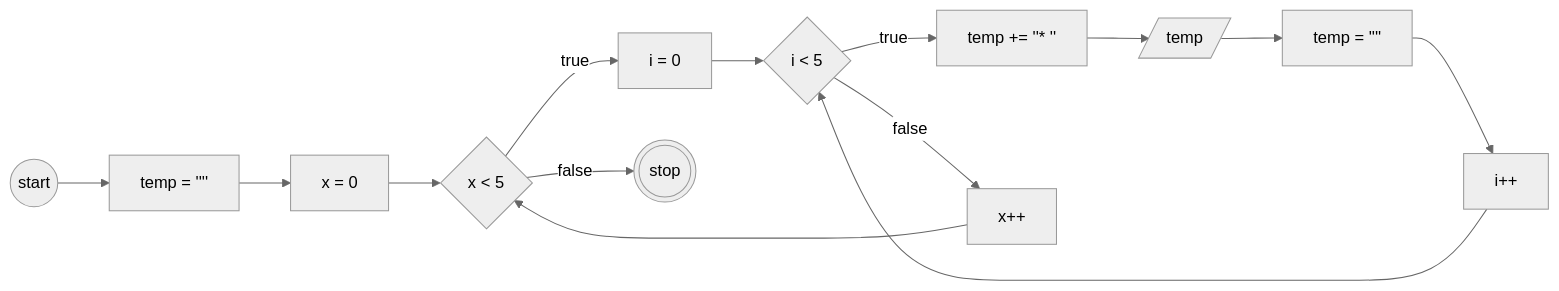
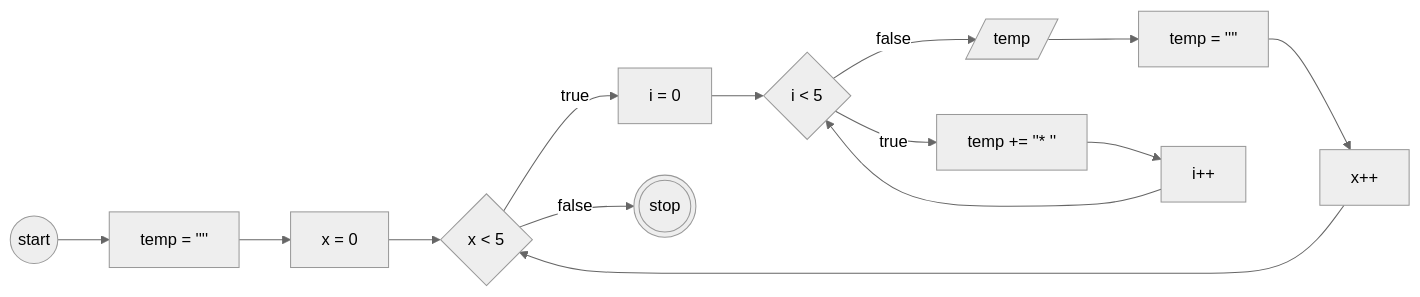
One commit to ecenn/koda-b10-javascript3 changed the diagram in README.md. Above: the diagram before and after it, drawn with Mermaid (neutral theme).

````diff
--- a/README.md
+++ b/README.md
@@ -17,30 +17,28 @@
 ```mermaid
 
 flowchart LR
 
 a((start))
 b[temp = '''']
 c[x = 0]
 d{x < 5}
 e[i = 0]
 f{i < 5}
 g[temp += ''* '']
 h[/temp/]
 i[temp = '''']
 j[i++]
 k[x++]
 z(((stop)))
 
 a --> b --> c --> d
 d --true--> e --> f
 f --true--> g
-g --> h
-h --> i
-i --> j
+g --> j
 j --> f
-f --false--> k
+f --false--> h
+h --> i --> k
 k --> d
 d --false--> z
 
-
 ```
````
